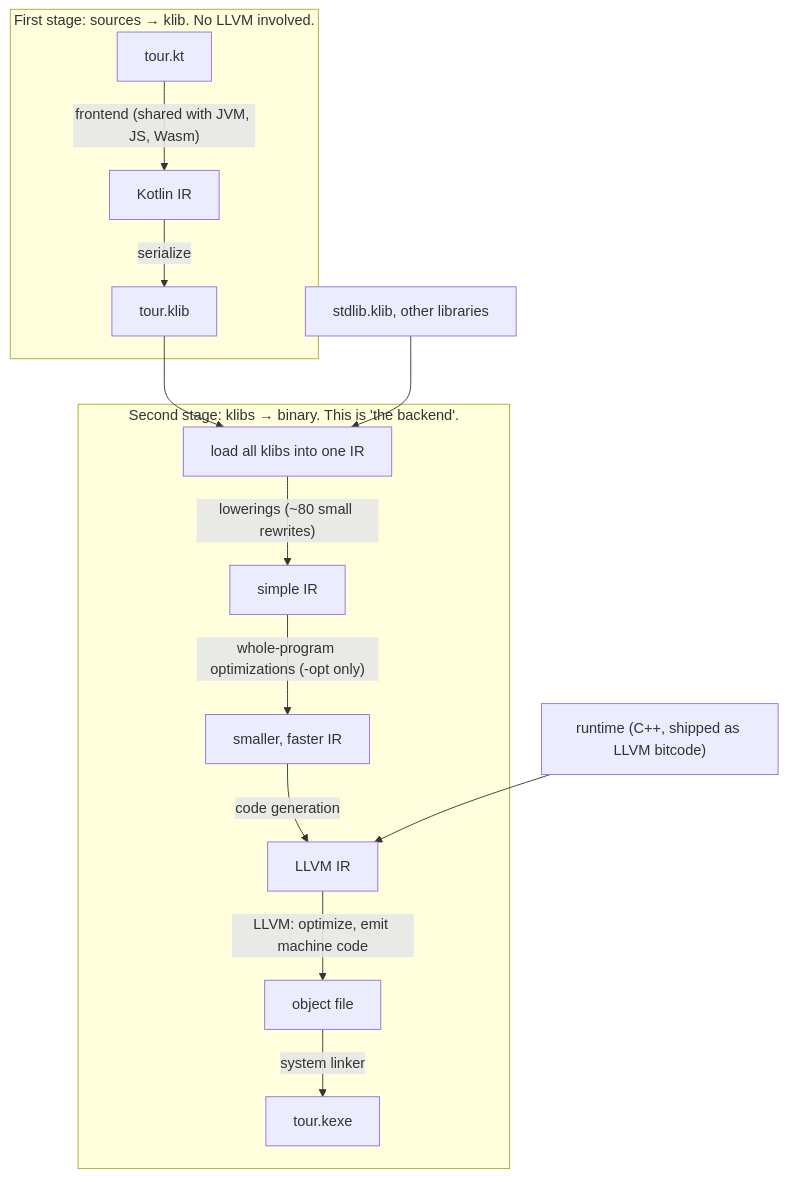
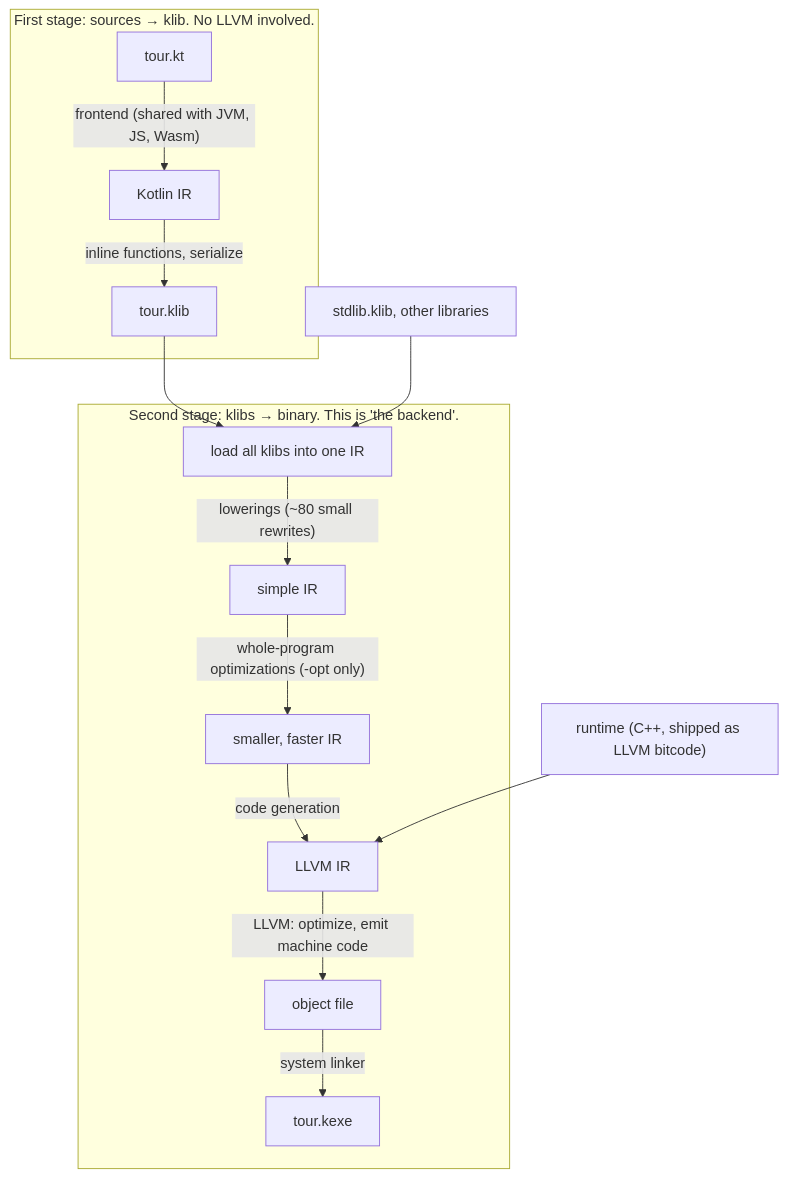
The diagram in docs/native/tour.md (anton-bannykh/kotlin), drawn with Mermaid before and after one commit. The commit also changed other lines of this file and 26 other files, not shown here.

````diff
--- a/docs/native/tour.md
+++ b/docs/native/tour.md
@@ -26,27 +26,27 @@
 ```mermaid
 flowchart TD
     SRC["tour.kt"] -->|"frontend (shared with JVM, JS, Wasm)"| IR0["Kotlin IR"]
-    IR0 -->|serialize| KLIB["tour.klib"]
+    IR0 -->|"inline functions, serialize"| KLIB["tour.klib"]
     KLIB --> LINK["load all klibs into one IR"]
     STD["stdlib.klib, other libraries"] --> LINK
     LINK -->|"lowerings (~80 small rewrites)"| LIR["simple IR"]
     LIR -->|"whole-program optimizations (-opt only)"| OIR["smaller, faster IR"]
     OIR -->|code generation| LL["LLVM IR"]
     RT["runtime (C++, shipped as LLVM bitcode)"] --> LL
     LL -->|"LLVM: optimize, emit machine code"| OBJ["object file"]
     OBJ -->|system linker| EXE["tour.kexe"]
 
     subgraph first ["First stage: sources → klib. No LLVM involved."]
         SRC
         IR0
         KLIB
     end
     subgraph second ["Second stage: klibs → binary. This is 'the backend'."]
         LINK
         LIR
         OIR
         LL
         OBJ
         EXE
     end
 ```
````
